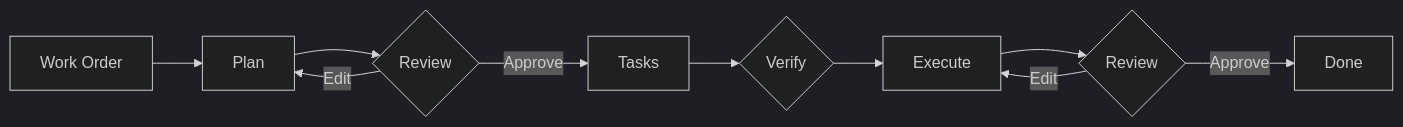
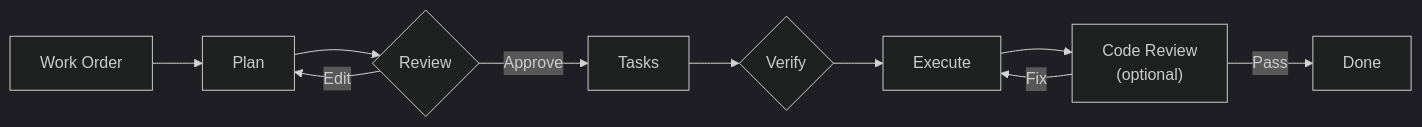
The diagram in README.md (e0ipso/strikethroo), drawn with Mermaid (dark theme) before and after one commit. The commit also changed other lines of this file and 9 other files, not shown here.

````diff
--- a/README.md
+++ b/README.md
@@ -104,12 +104,12 @@
 ```mermaid
 flowchart LR
     A[Work Order] --> B[Plan]
     B --> C{Review}
     C -->|Edit| B
     C -->|Approve| D[Tasks]
     D --> E{Verify}
     E --> G[Execute]
-    G --> H{Review}
-    H -->|Edit| G
-    H -->|Approve| J[Done]
+    G --> H["Code Review<br/>(optional)"]
+    H -->|Fix| G
+    H -->|Pass| J[Done]
 ```
````
